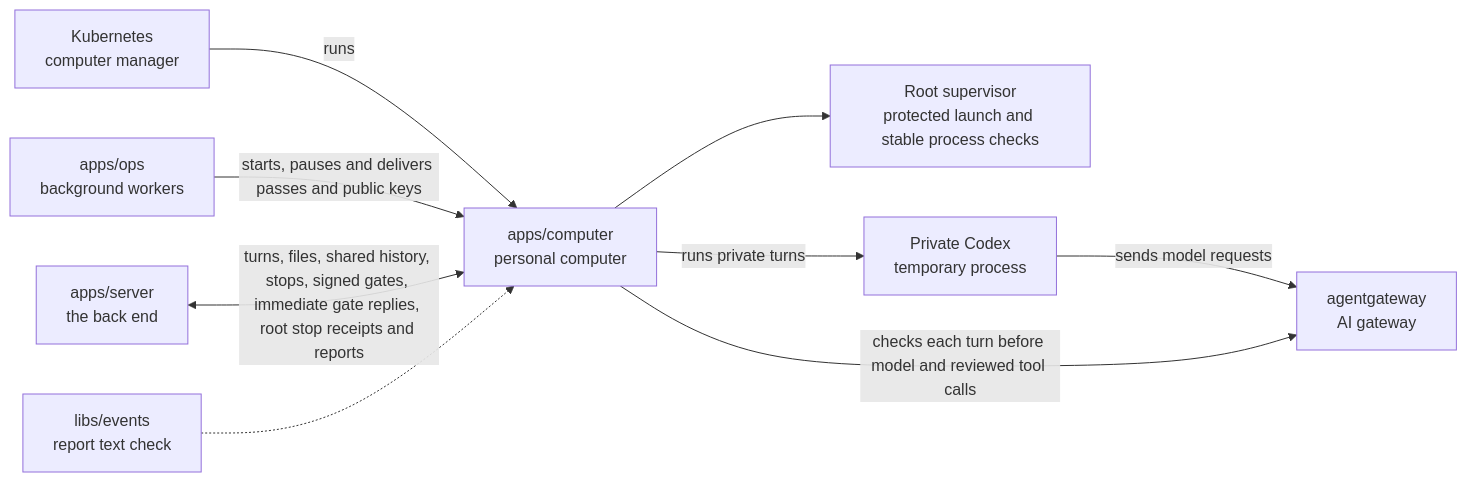
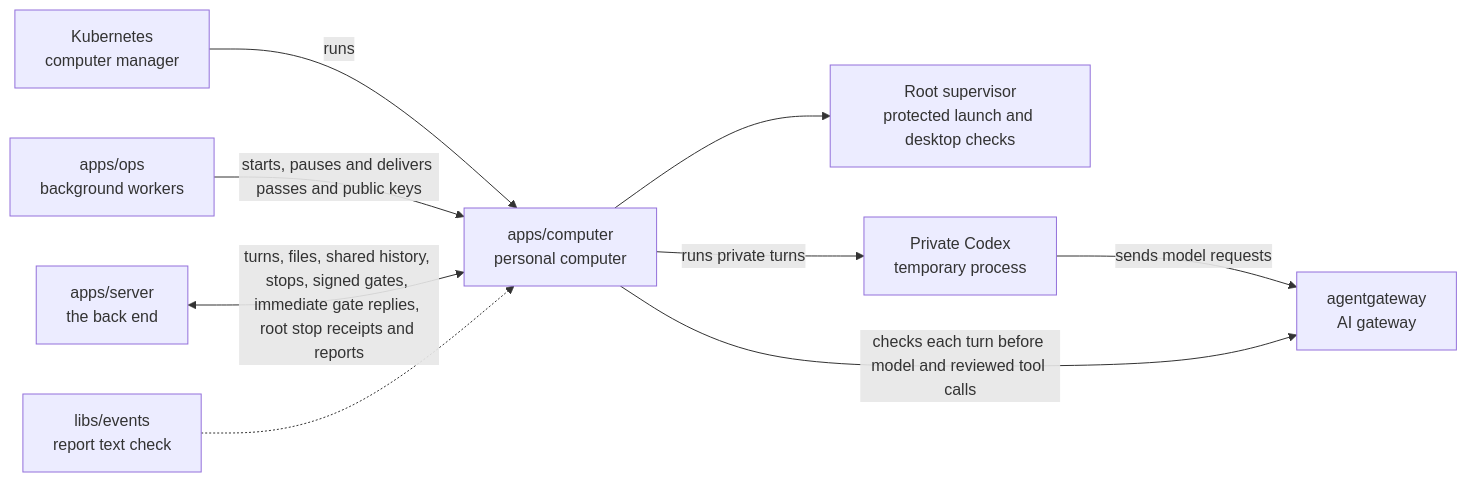
The diagram in apps/computer/README.md (elewa-git/opencrane-new), drawn with Mermaid before and after one commit. The commit also changed other lines of this file and 22 other files, not shown here.

````diff
--- a/apps/computer/README.md
+++ b/apps/computer/README.md
@@ -22,11 +22,11 @@
 ```mermaid
 flowchart LR
   kube["Kubernetes<br/>computer manager"] -->|runs| computer["apps/computer<br/>personal computer"]
   ops["apps/ops<br/>background workers"] -->|starts, pauses and delivers passes and public keys| computer
   server["apps/server<br/>the back end"] <-->|turns, files, shared history, stops, signed gates, immediate gate replies, root stop receipts and reports| computer
   events["libs/events<br/>report text check"] -.-> computer
-  computer --> supervisor["Root supervisor<br/>protected launch and stable process checks"]
+  computer --> supervisor["Root supervisor<br/>protected launch and desktop checks"]
   computer -->|runs private turns| private["Private Codex<br/>temporary process"]
   private -->|sends model requests| gateway
   computer -->|checks each turn before model and reviewed tool calls| gateway["agentgateway<br/>AI gateway"]
 ```
````
